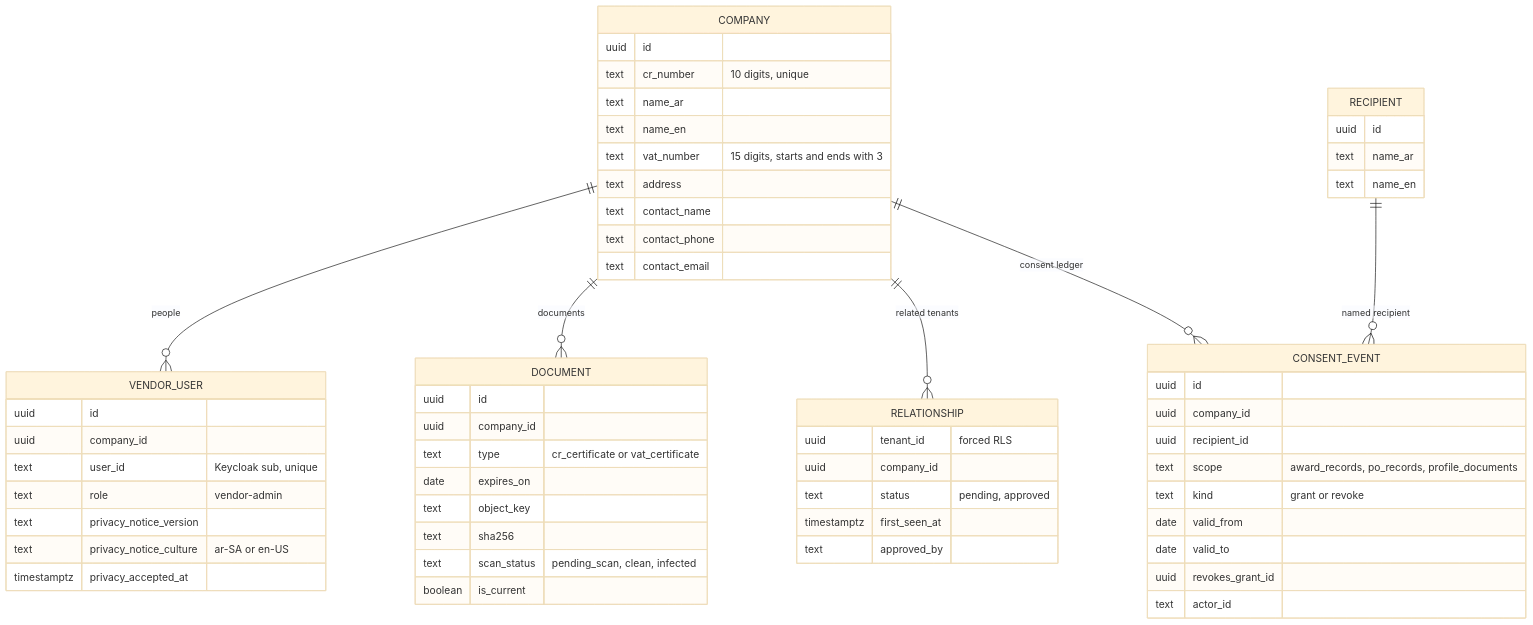
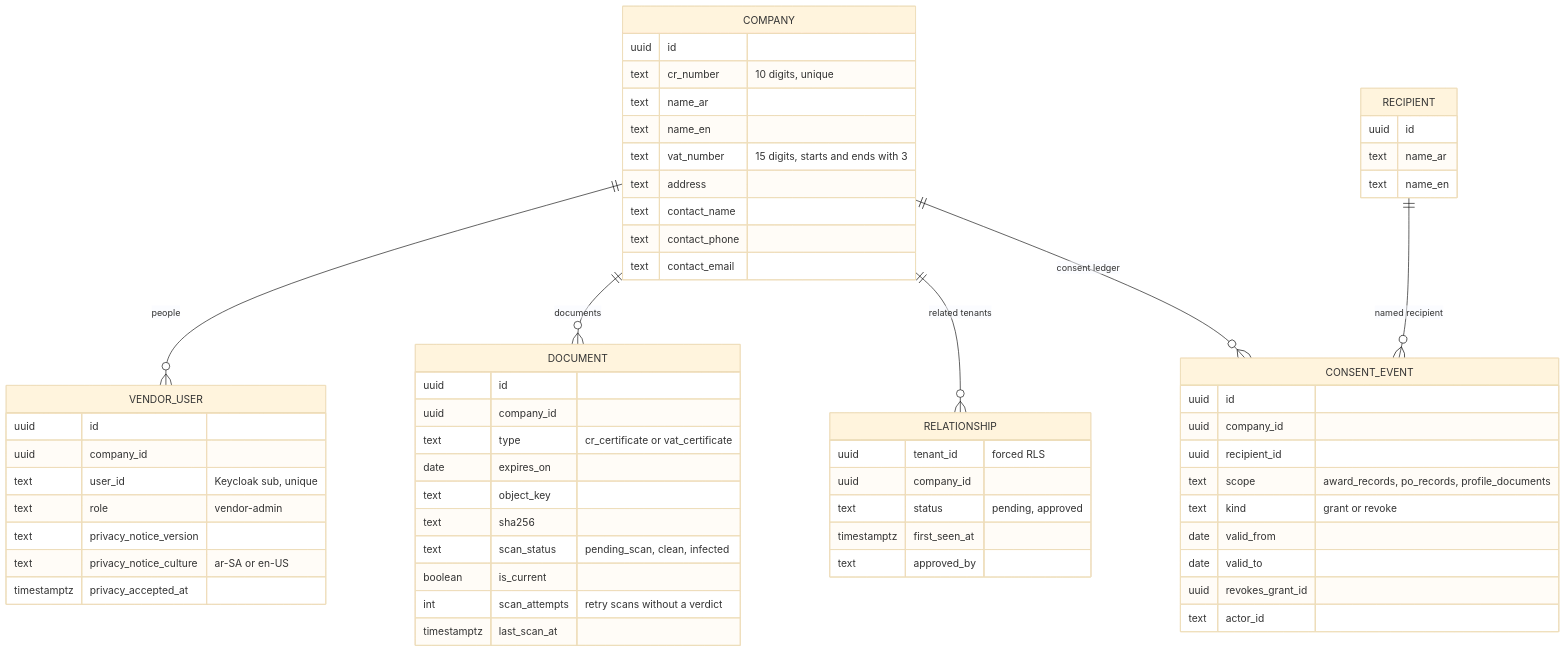
The diagram in docs/superpowers/specs/2026-09-27-vendors-design.md (AhmedAssaf/ERP), drawn with Mermaid (base theme) before and after one commit. The commit also changed other lines of this file and 30 other files, not shown here.

Commit message:
Vendor uploads: repeat-safe completion, per-company bounds, scan retry that skips bad files, HMAC for the duplicate-CR audit

````diff
--- a/docs/superpowers/specs/2026-09-27-vendors-design.md
+++ b/docs/superpowers/specs/2026-09-27-vendors-design.md
@@ -29,61 +29,63 @@
 ```mermaid
 erDiagram
     COMPANY ||--o{ VENDOR_USER : "people"
     COMPANY ||--o{ DOCUMENT : "documents"
     COMPANY ||--o{ RELATIONSHIP : "related tenants"
     COMPANY ||--o{ CONSENT_EVENT : "consent ledger"
     RECIPIENT ||--o{ CONSENT_EVENT : "named recipient"
     COMPANY {
         uuid id
         text cr_number "10 digits, unique"
         text name_ar
         text name_en
         text vat_number "15 digits, starts and ends with 3"
         text address
         text contact_name
         text contact_phone
         text contact_email
     }
     VENDOR_USER {
         uuid id
         uuid company_id
         text user_id "Keycloak sub, unique"
         text role "vendor-admin"
         text privacy_notice_version
         text privacy_notice_culture "ar-SA or en-US"
         timestamptz privacy_accepted_at
     }
     DOCUMENT {
         uuid id
         uuid company_id
         text type "cr_certificate or vat_certificate"
         date expires_on
         text object_key
         text sha256
         text scan_status "pending_scan, clean, infected"
         boolean is_current
+        int scan_attempts "retry scans without a verdict"
+        timestamptz last_scan_at
     }
     RELATIONSHIP {
         uuid tenant_id "forced RLS"
         uuid company_id
         text status "pending, approved"
         timestamptz first_seen_at
         text approved_by
     }
     RECIPIENT {
         uuid id
         text name_ar
         text name_en
     }
     CONSENT_EVENT {
         uuid id
         uuid company_id
         uuid recipient_id
         text scope "award_records, po_records, profile_documents"
         text kind "grant or revoke"
         date valid_from
         date valid_to
         uuid revokes_grant_id
         text actor_id
     }
 ```
````
